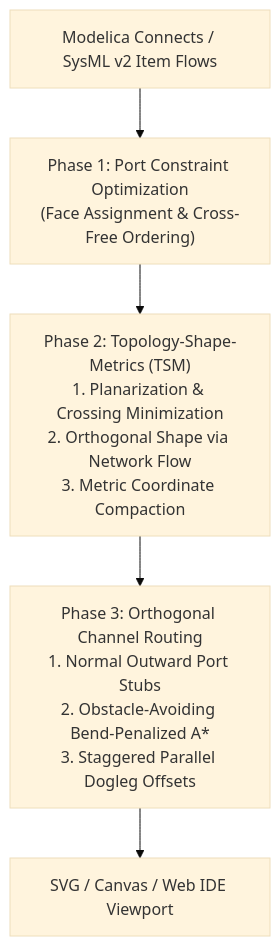
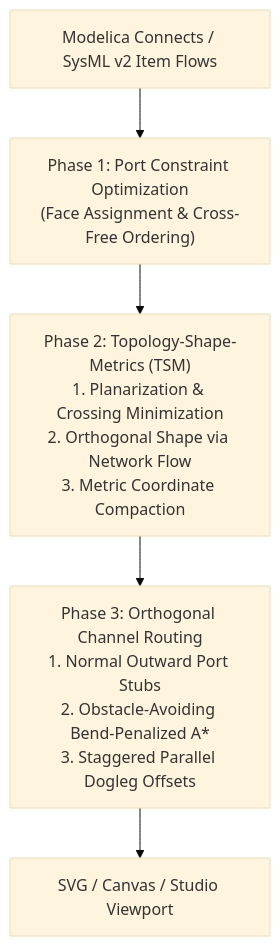
One commit to modelscript/modelscript changed the diagram in apps/docs/docs/algorithms/diagram-layout.md. Above: the diagram before and after it, drawn with Mermaid (base theme). The commit also changed 185 other files, not shown here.

````diff
--- a/apps/docs/docs/algorithms/diagram-layout.md
+++ b/apps/docs/docs/algorithms/diagram-layout.md
@@ -72,7 +72,7 @@
 ```mermaid
 flowchart TD
     INPUT["Modelica Connects / SysML v2 Item Flows"] --> PORT_OPT["Phase 1: Port Constraint Optimization<br/>(Face Assignment & Cross-Free Ordering)"]
     PORT_OPT --> TSM["Phase 2: Topology-Shape-Metrics (TSM)<br/>1. Planarization & Crossing Minimization<br/>2. Orthogonal Shape via Network Flow<br/>3. Metric Coordinate Compaction"]
     TSM --> ROUTER["Phase 3: Orthogonal Channel Routing<br/>1. Normal Outward Port Stubs<br/>2. Obstacle-Avoiding Bend-Penalized A*<br/>3. Staggered Parallel Dogleg Offsets"]
-    ROUTER --> RENDER["SVG / Canvas / Web IDE Viewport"]
+    ROUTER --> RENDER["SVG / Canvas / Studio Viewport"]
 ```
````
